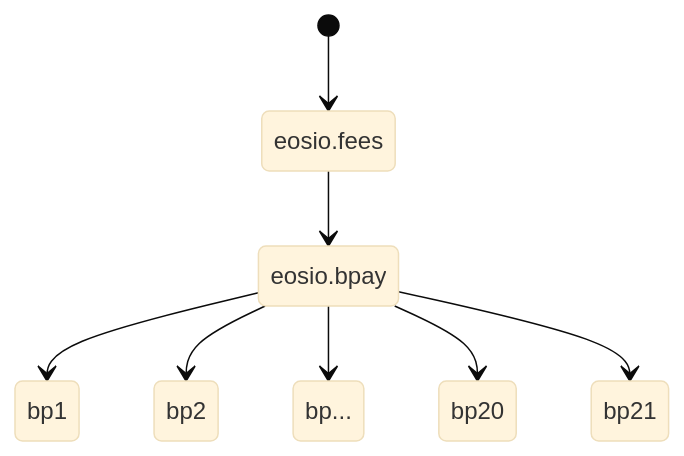
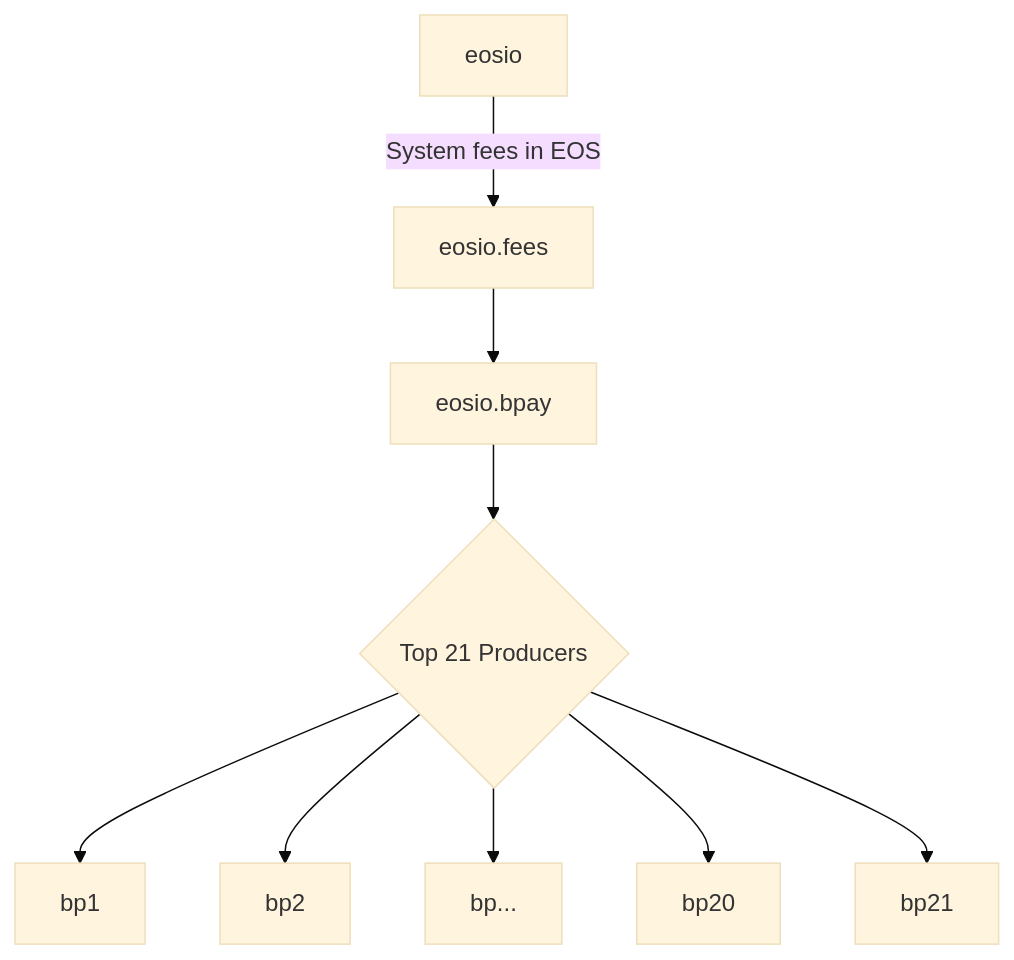
Before and after one commit to eosnetworkfoundation/eosio.bpay: the diagram in README.md, drawn with Mermaid (base theme).

Commit message:
update diagram

````diff
--- a/README.md
+++ b/README.md
@@ -7,10 +7,11 @@
 ```mermaid
-stateDiagram-v2
-    [*] --> eosio.fees
+graph TD
+    eosio --> |System fees in EOS| eosio.fees
     eosio.fees --> eosio.bpay
-    eosio.bpay --> bp1
-    eosio.bpay --> bp2
-    eosio.bpay --> bp...
-    eosio.bpay --> bp20
-    eosio.bpay --> bp21
+    eosio.bpay --> top{Top 21 Producers}
+    top --> bp1
+    top --> bp2
+    top --> bp...
+    top --> bp20
+    top --> bp21
 ```
````
